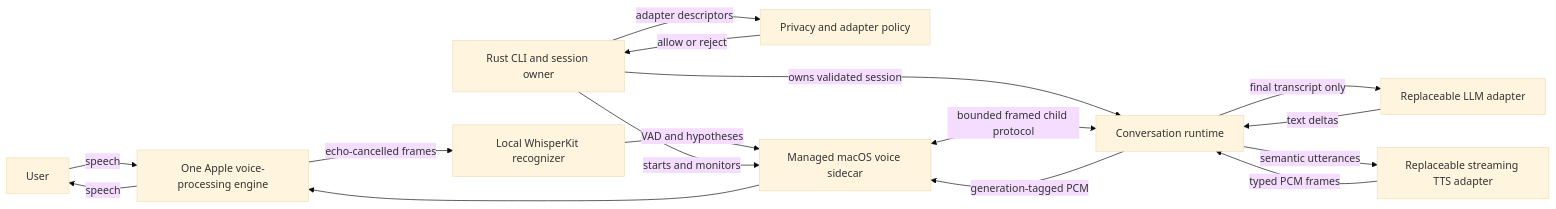
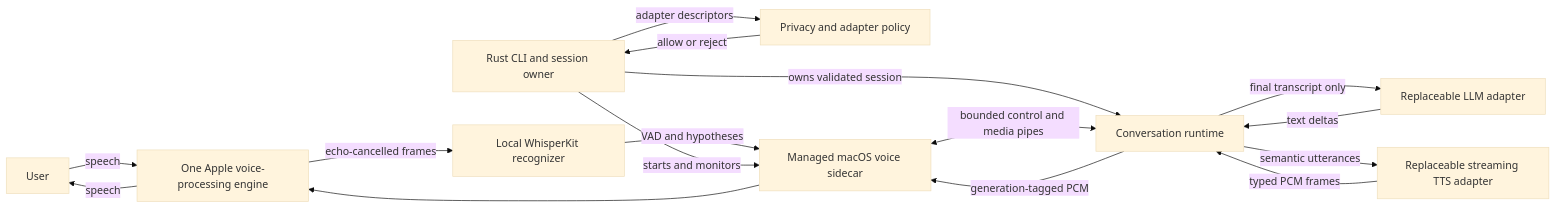
One commit to xiongxhc/conversation-runtime-sdk changed the diagram in docs/superpowers/specs/2026-07-28-r3-real-time-voice-loop-design.md. Above: the diagram before and after it, drawn with Mermaid (base theme). The commit also changed other lines of this file and 1 other file, not shown here.

````diff
--- a/docs/superpowers/specs/2026-07-28-r3-real-time-voice-loop-design.md
+++ b/docs/superpowers/specs/2026-07-28-r3-real-time-voice-loop-design.md
@@ -84,28 +86,28 @@
 ```mermaid
 flowchart LR
     User["User"]
     CLI["Rust CLI and session owner"]
     Policy["Privacy and adapter policy"]
     Runtime["Conversation runtime"]
     LLM["Replaceable LLM adapter"]
     TTS["Replaceable streaming TTS adapter"]
     Sidecar["Managed macOS voice sidecar"]
     Audio["One Apple voice-processing engine"]
     ASR["Local WhisperKit recognizer"]
 
     User -->|"speech"| Audio
     Audio -->|"echo-cancelled frames"| ASR
     ASR -->|"VAD and hypotheses"| Sidecar
     CLI -->|"adapter descriptors"| Policy
     Policy -->|"allow or reject"| CLI
     CLI -->|"owns validated session"| Runtime
     CLI -->|"starts and monitors"| Sidecar
-    Sidecar <-->|"bounded framed child protocol"| Runtime
+    Sidecar <-->|"bounded control and media pipes"| Runtime
     Runtime -->|"final transcript only"| LLM
     LLM -->|"text deltas"| Runtime
     Runtime -->|"semantic utterances"| TTS
     TTS -->|"typed PCM frames"| Runtime
     Runtime -->|"generation-tagged PCM"| Sidecar
     Sidecar --> Audio
     Audio -->|"speech"| User
 ```
````
